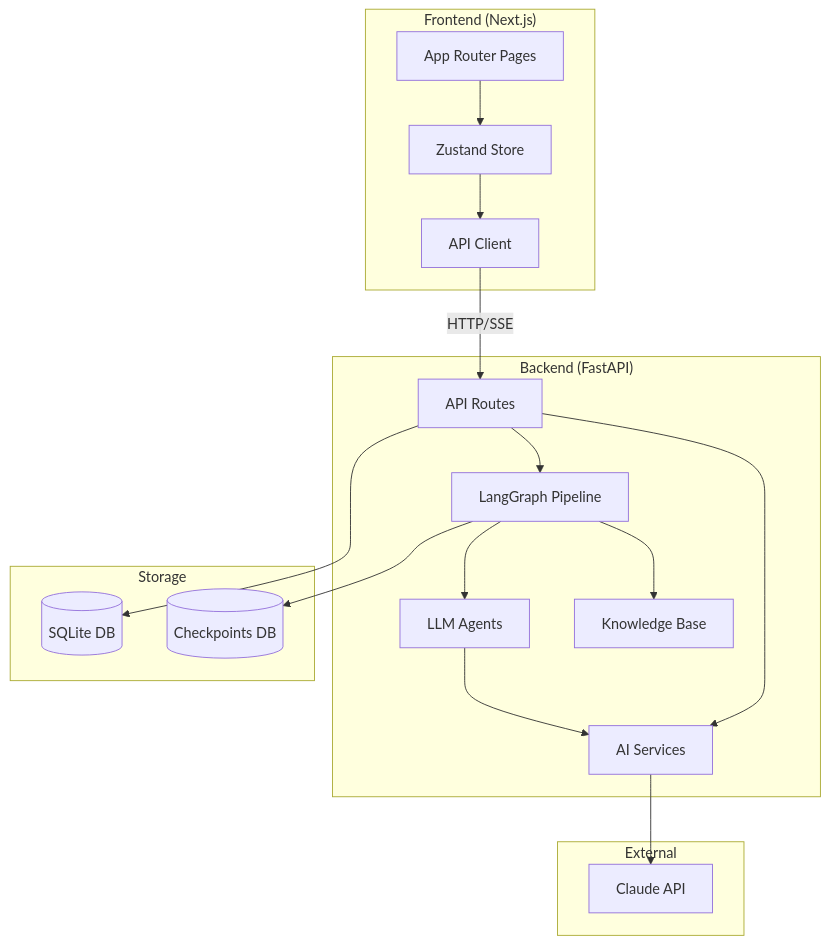
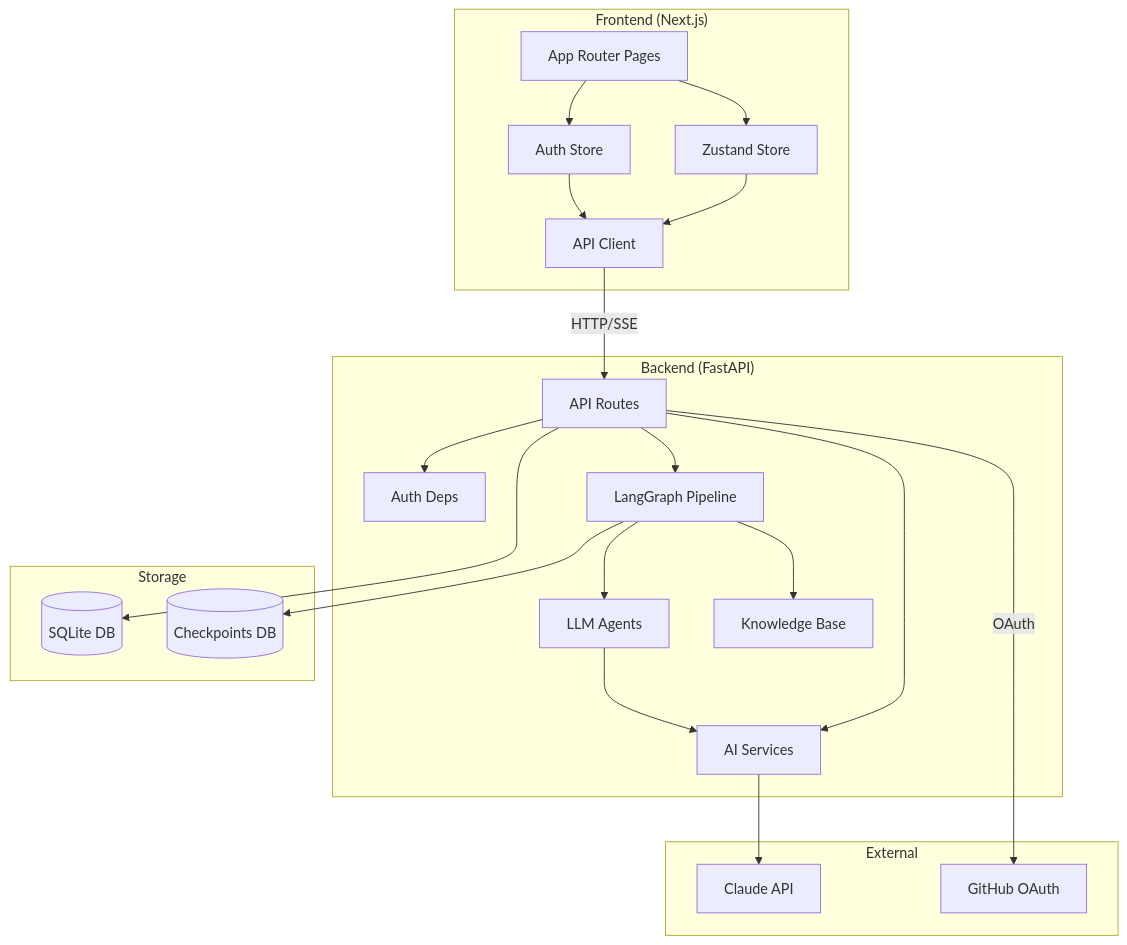
The first of 2 diagrams in docs/architecture/overview.md (onegunsamurai/OpenLearning), drawn with Mermaid before and after one commit. The commit also changed other lines of this file and 45 other files, not shown here.

````diff
--- a/docs/architecture/overview.md
+++ b/docs/architecture/overview.md
@@ -5,37 +5,44 @@
 ```mermaid
 graph TB
     subgraph Frontend ["Frontend (Next.js)"]
         UI[App Router Pages]
         Store[Zustand Store]
+        Auth[Auth Store]
         API_Client[API Client]
     end
 
     subgraph Backend ["Backend (FastAPI)"]
         Routes[API Routes]
+        AuthDeps[Auth Deps]
         Services[AI Services]
         Agents[LLM Agents]
         Graph[LangGraph Pipeline]
         KB[Knowledge Base]
     end
 
     subgraph Storage ["Storage"]
         SQLite[(SQLite DB)]
         Checkpoints[(Checkpoints DB)]
     end
 
     subgraph External ["External"]
         Claude[Claude API]
+        GitHub[GitHub OAuth]
     end
 
     UI --> Store
+    UI --> Auth
     Store --> API_Client
+    Auth --> API_Client
     API_Client -->|HTTP/SSE| Routes
+    Routes --> AuthDeps
     Routes --> Services
     Routes --> Graph
     Graph --> Agents
     Agents --> Services
     Services --> Claude
+    Routes -->|OAuth| GitHub
     Graph --> KB
     Routes --> SQLite
     Graph --> Checkpoints
 ```
````
